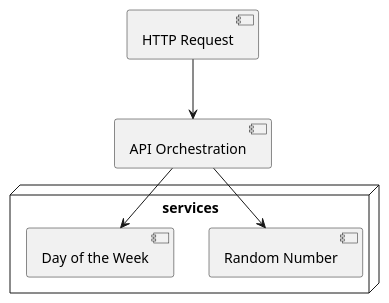
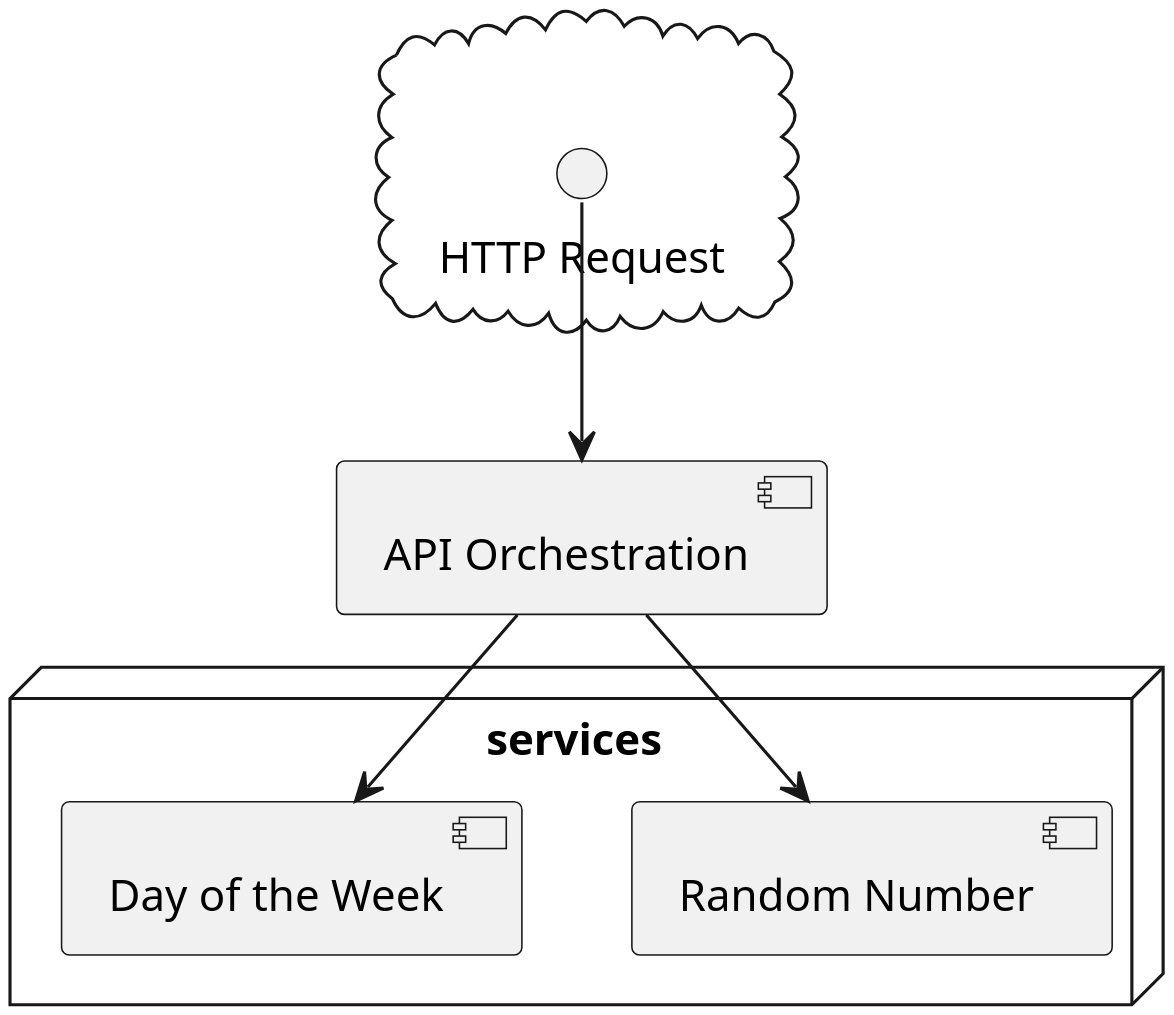
The diagram in presentation/presentation.md (drewolson/uofc-graphql), drawn with PlantUML before and after one commit. The commit also changed other lines of this file and 5 other files, not shown here.

````diff
--- a/presentation/presentation.md
+++ b/presentation/presentation.md
@@ -53,14 +53,18 @@
 ```plantuml
-[HTTP Request]
+skinparam dpi 300
+
+cloud {
+  () "HTTP Request"
+}
 
 [API Orchestration]
 
 node services {
   [Random Number]
   [Day of the Week]
 }
 
-[HTTP Request] -down-> [API Orchestration]
+() "HTTP Request" -down-> [API Orchestration]
 [API Orchestration] -down-> [Random Number]
 [API Orchestration] -down-> [Day of the Week]
 ```
````
